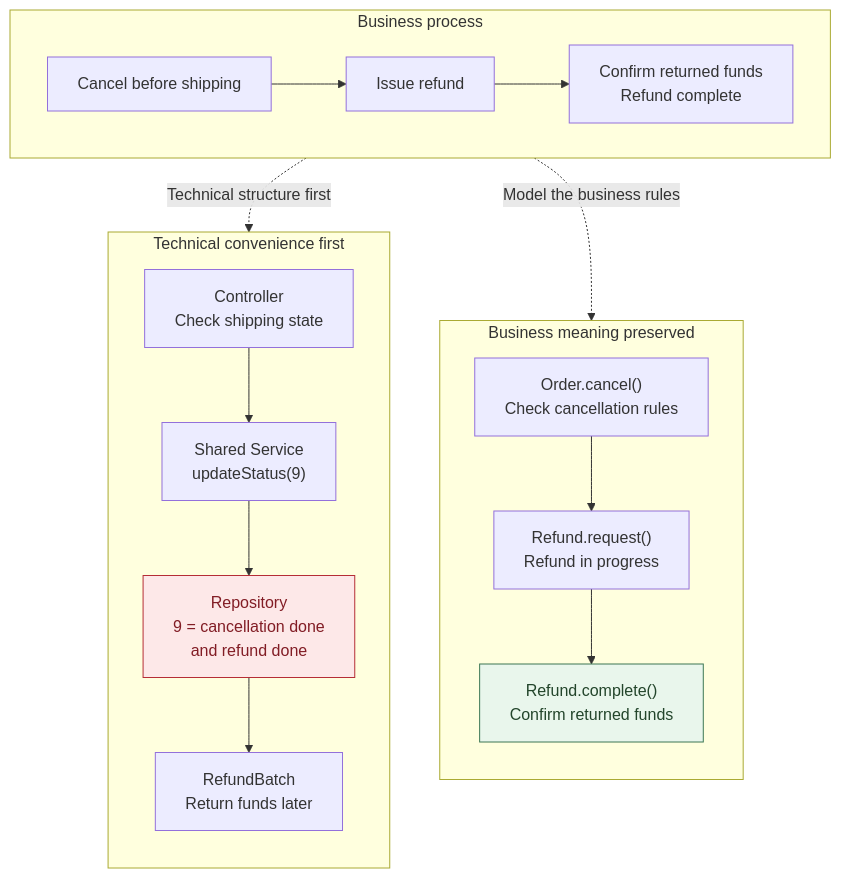
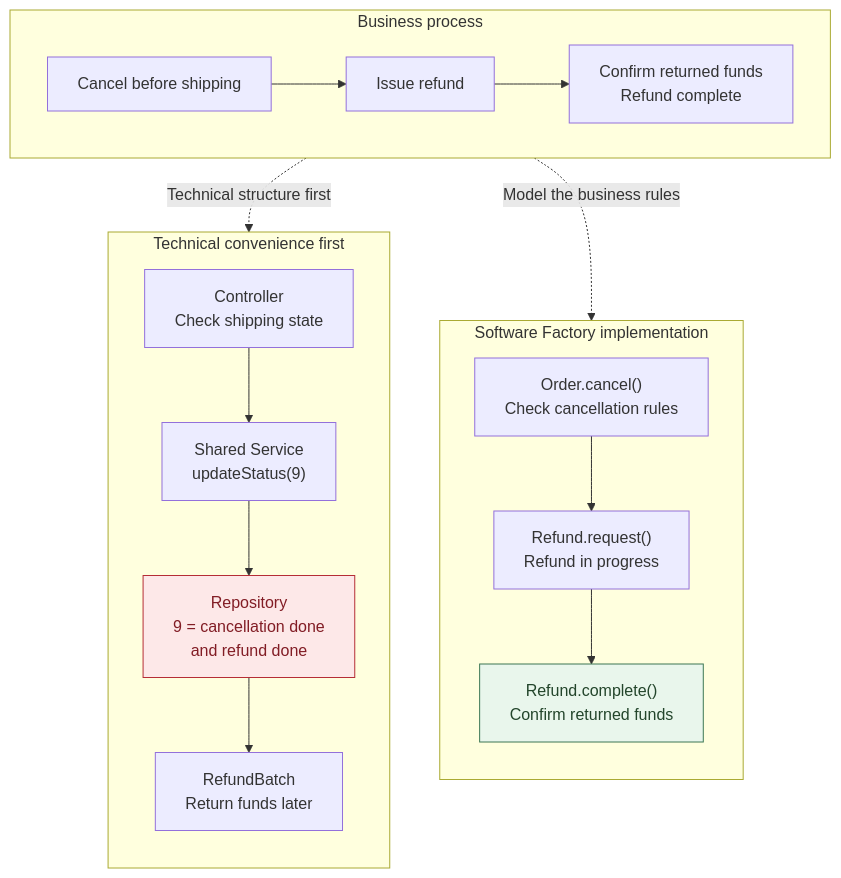
Before and after one commit to haandol/haandol.github.com: the first of 6 diagrams in _en/2026-11-05-enterprise-wide-ax-essentials.md, drawn with Mermaid. The commit also changed other lines of this file and 5 other files, not shown here.

````diff
--- a/_en/2026-11-05-enterprise-wide-ax-essentials.md
+++ b/_en/2026-11-05-enterprise-wide-ax-essentials.md
@@ -47,24 +51,24 @@
 ```mermaid
 flowchart TB
   subgraph B["Business process"]
     direction LR
     B1["Cancel before shipping"] --> B2["Issue refund"] --> B3["Confirm returned funds<br/>Refund complete"]
   end
   subgraph T["Technical convenience first"]
     direction TB
     T1["Controller<br/>Check shipping state"] --> T2["Shared Service<br/>updateStatus(9)"]
     T2 --> T3["Repository<br/>9 = cancellation done<br/>and refund done"]
     T3 --> T4["RefundBatch<br/>Return funds later"]
   end
-  subgraph D["Business meaning preserved"]
+  subgraph D["Software Factory implementation"]
     direction TB
     D1["Order.cancel()<br/>Check cancellation rules"] --> D2["Refund.request()<br/>Refund in progress"]
     D2 --> D3["Refund.complete()<br/>Confirm returned funds"]
   end
   B -.->|"Technical structure first"| T
   B -.->|"Model the business rules"| D
   classDef mismatch fill:#fde8e8,stroke:#b52d36,color:#821d25
   classDef aligned fill:#e9f6ec,stroke:#3c7754,color:#23452b
   class T3 mismatch
   class D3 aligned
 ```
````
